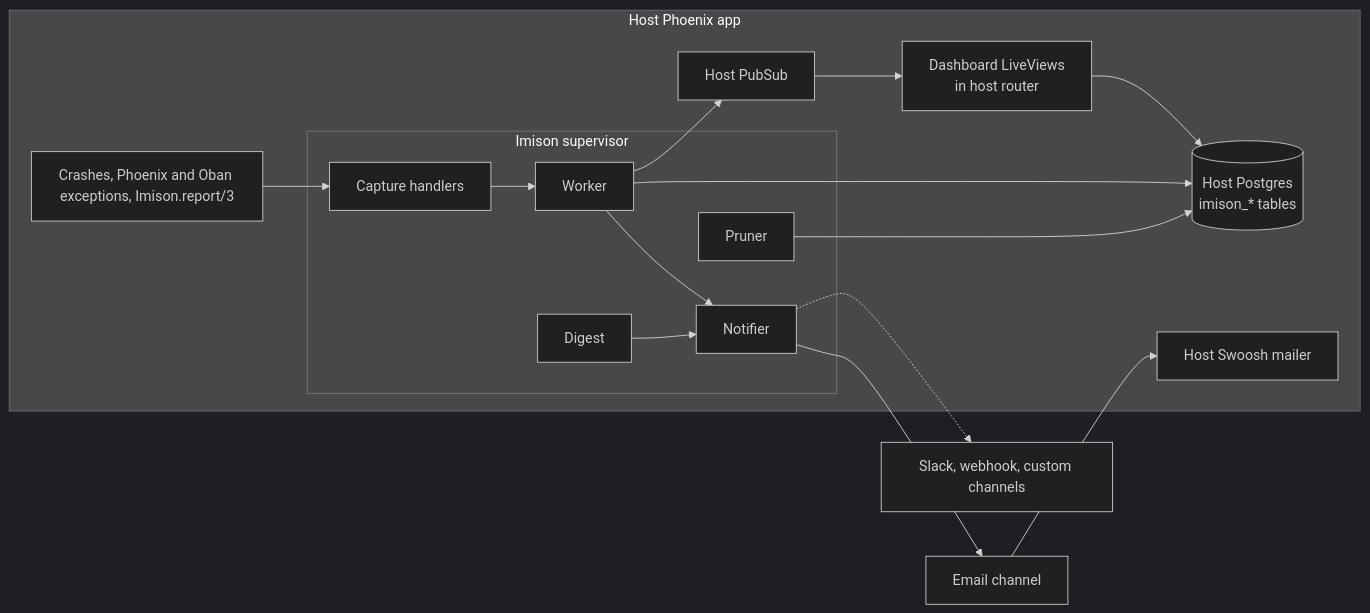
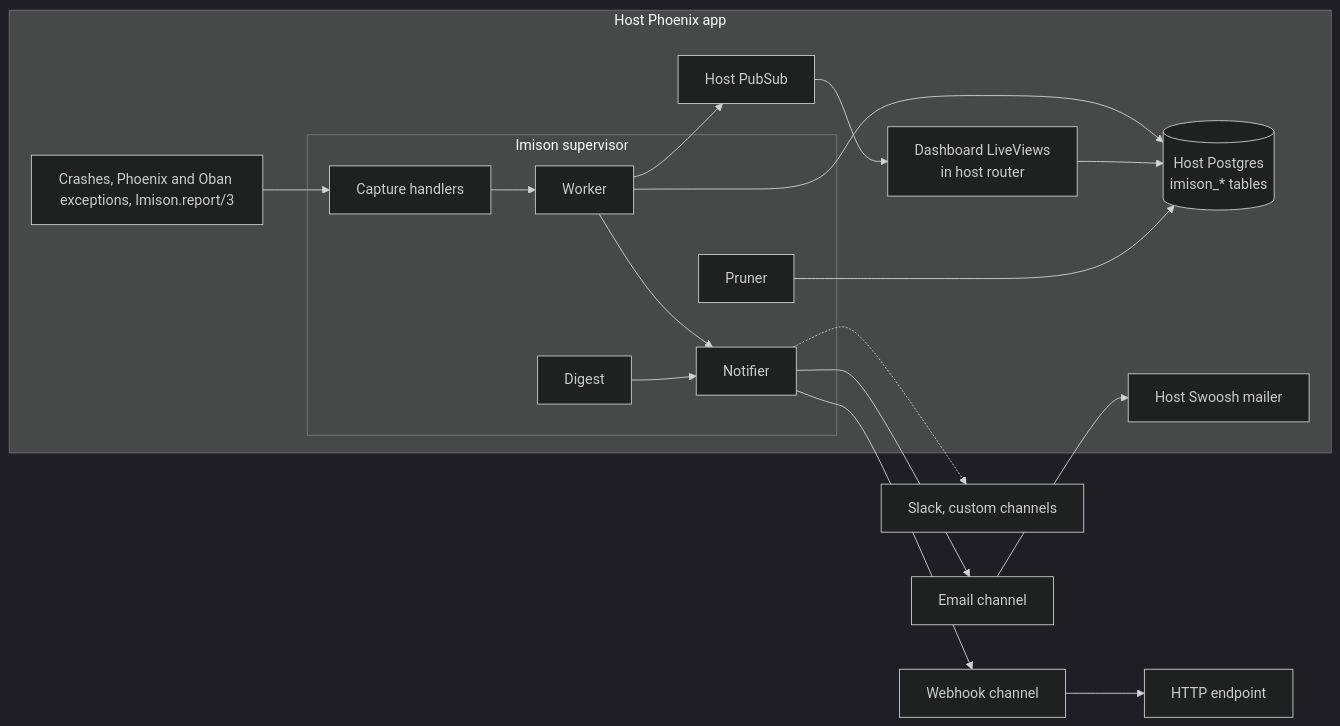
Before and after one commit to elpikel/imison: the diagram in docs/PROJECT.md, drawn with Mermaid (dark theme). The commit also changed other lines of this file and 13 other files, not shown here.

First line of the commit message:
feat(notifications): add a webhook channel

````diff
--- a/docs/PROJECT.md
+++ b/docs/PROJECT.md
@@ -13,23 +13,24 @@
 ```mermaid
 flowchart LR
   subgraph host[Host Phoenix app]
     crash[Crashes, Phoenix and Oban exceptions, Imison.report/3]
     subgraph imison[Imison supervisor]
       capture[Capture handlers] --> worker[Worker]
       worker --> notifier[Notifier]
       pruner[Pruner]
       digest[Digest] --> notifier
     end
     repo[(Host Postgres<br/>imison_* tables)]
     pubsub[Host PubSub]
     dash[Dashboard LiveViews<br/>in host router]
     mailer[Host Swoosh mailer]
   end
   crash --> capture
   worker --> repo
   worker --> pubsub --> dash
   dash --> repo
   pruner --> repo
   notifier --> email[Email channel] --> mailer
-  notifier -.-> more[Slack, webhook, custom channels]
+  notifier --> webhook[Webhook channel] --> endpoint[HTTP endpoint]
+  notifier -.-> more[Slack, custom channels]
 ```
````
